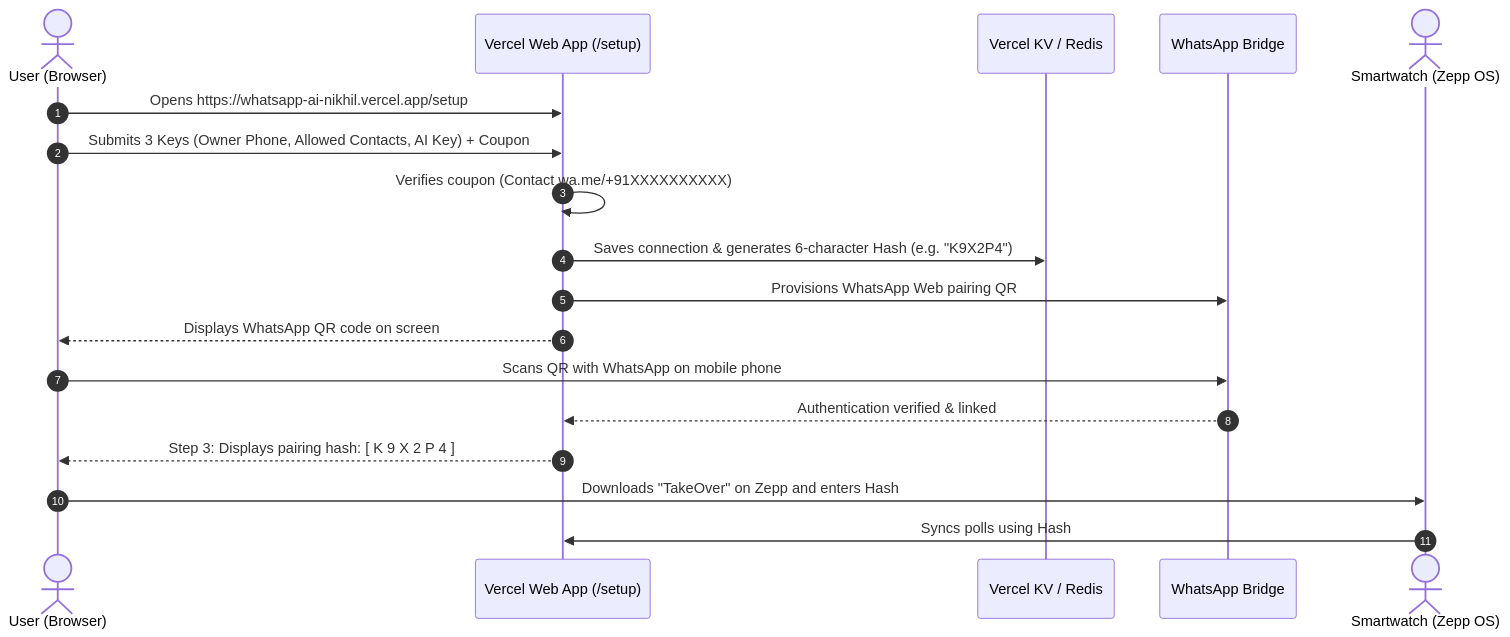
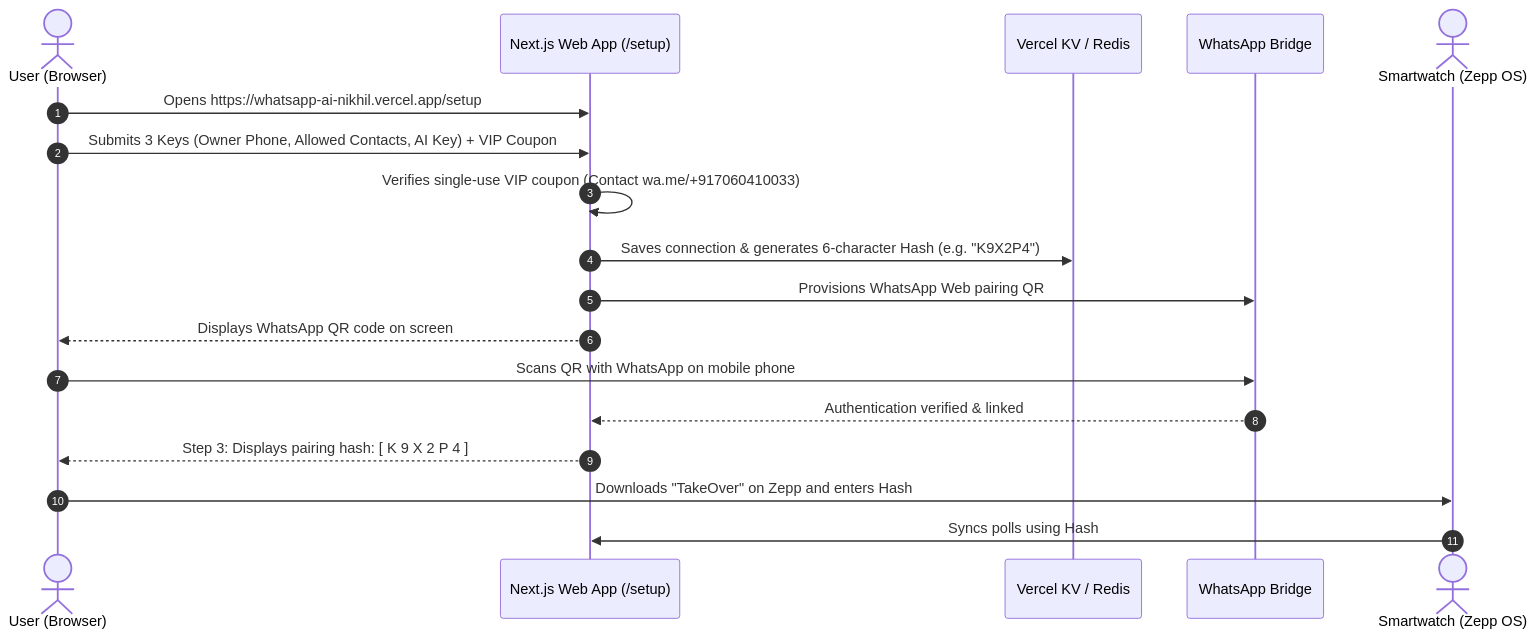
Before and after one commit to Nikhil-Mundhra/whatsapp-ai: the first of 2 diagrams in README.md, drawn with Mermaid. The commit also changed other lines of this file and 12 other files, not shown here.

Commit message:
docs: update system architecture and remove emojis across documentation

````diff
--- a/README.md
+++ b/README.md
@@ -23,21 +24,21 @@
 ```mermaid
 sequenceDiagram
     autonumber
     actor User as User (Browser)
-    participant Web as Vercel Web App (/setup)
+    participant Web as Next.js Web App (/setup)
     participant KV as Vercel KV / Redis
     participant Bridge as WhatsApp Bridge
     actor Watch as Smartwatch (Zepp OS)
 
     User->>Web: Opens https://whatsapp-ai-nikhil.vercel.app/setup
-    User->>Web: Submits 3 Keys (Owner Phone, Allowed Contacts, AI Key) + Coupon
-    Web->>Web: Verifies coupon (Contact wa.me/+91XXXXXXXXXX)
+    User->>Web: Submits 3 Keys (Owner Phone, Allowed Contacts, AI Key) + VIP Coupon
+    Web->>Web: Verifies single-use VIP coupon (Contact wa.me/+917060410033)
     Web->>KV: Saves connection & generates 6-character Hash (e.g. "K9X2P4")
     Web->>Bridge: Provisions WhatsApp Web pairing QR
     Web-->>User: Displays WhatsApp QR code on screen
     User->>Bridge: Scans QR with WhatsApp on mobile phone
     Bridge-->>Web: Authentication verified & linked
     Web-->>User: Step 3: Displays pairing hash: [ K 9 X 2 P 4 ]
     User->>Watch: Downloads "TakeOver" on Zepp and enters Hash
     Watch->>Web: Syncs polls using Hash
 ```
````
